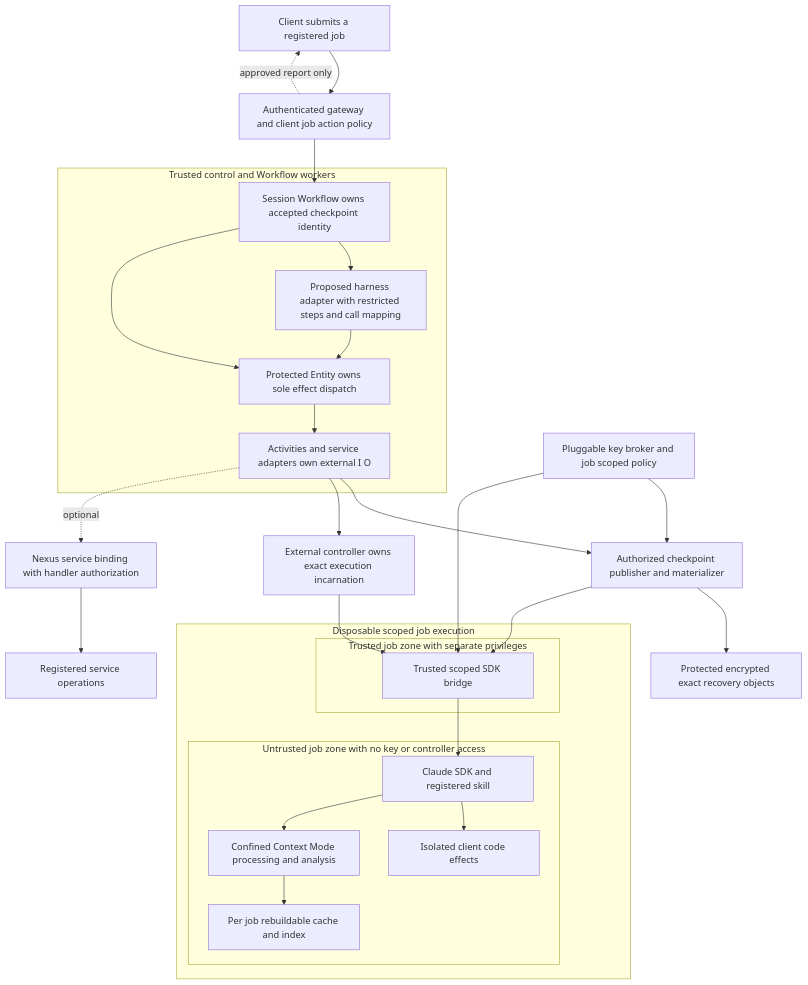
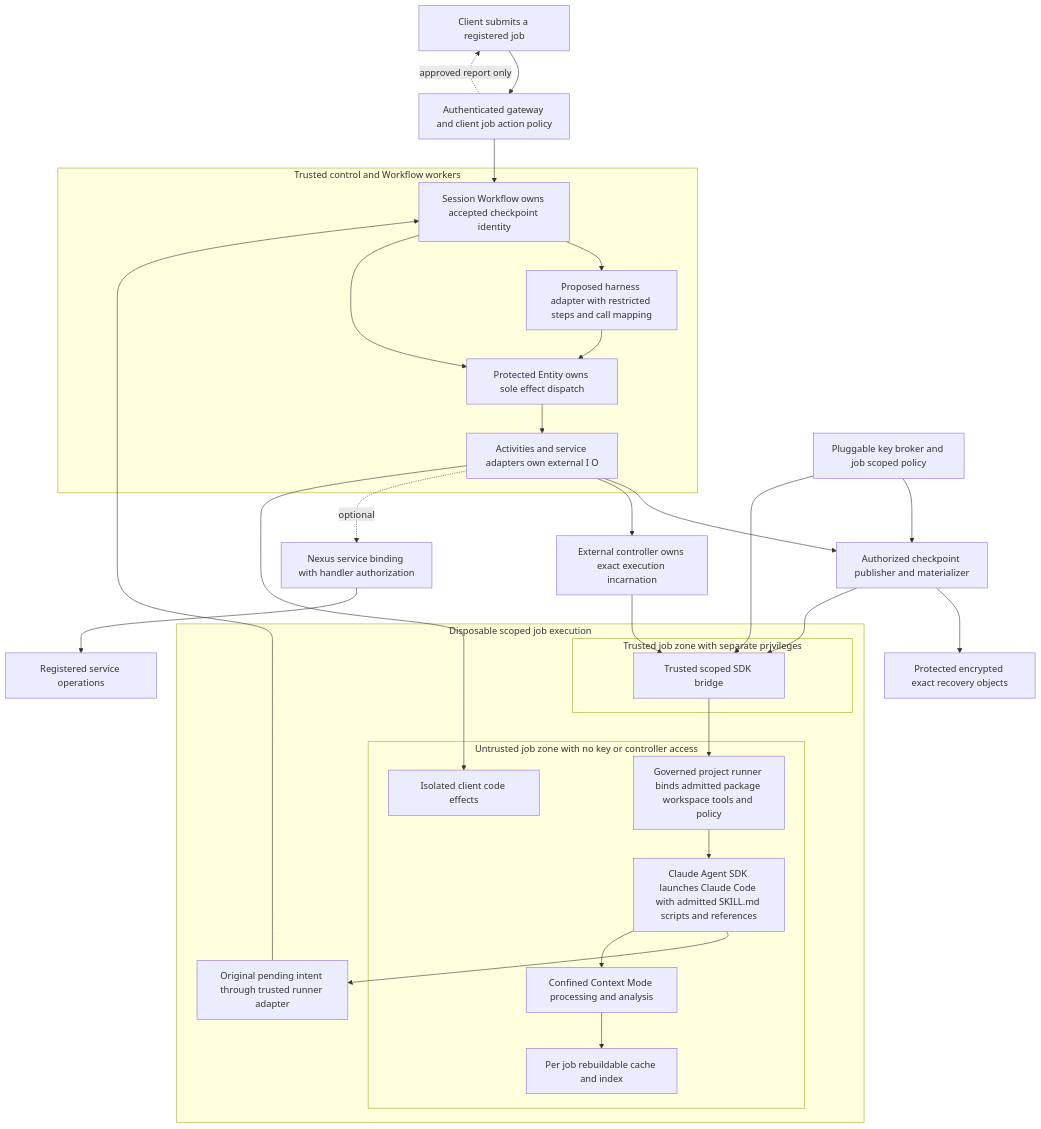
Before and after one commit to mortdiggiddy/ai-integrations: the first of 10 diagrams in python/claude_agent_sdk/docs/skill-recovery/proposals/distributed-recovery/2026-10-08/architecture-review.md, drawn with Mermaid. The commit also changed other lines of this file and 49 other files, not shown here.

Commit message:
Replace historical recovery diagrams with assessment durability views.

````diff
--- a/python/claude_agent_sdk/docs/skill-recovery/proposals/distributed-recovery/2026-10-08/architecture-review.md
+++ b/python/claude_agent_sdk/docs/skill-recovery/proposals/distributed-recovery/2026-10-08/architecture-review.md
@@ -27,42 +27,46 @@
 ```mermaid
 flowchart TB
     Client[Client submits a registered job]
     Gateway[Authenticated gateway and client job action policy]
     Client --> Gateway
     Gateway -. approved report only .-> Client
     subgraph Control[Trusted control and Workflow workers]
         Session[Session Workflow owns accepted checkpoint identity]
         Entity[Protected Entity owns sole effect dispatch]
         Harness[Proposed harness adapter with restricted steps and call mapping]
         IO[Activities and service adapters own external I O]
         Session --> Harness
         Session --> Entity
         Harness --> Entity
         Entity --> IO
     end
     Gateway --> Session
     IO --> Restore[Authorized checkpoint publisher and materializer]
     IO --> Controller[External controller owns exact execution incarnation]
     IO -. optional .-> Nexus[Nexus service binding with handler authorization]
     Nexus --> Services[Registered service operations]
     Restore --> Store[Protected encrypted exact recovery objects]
     Keys[Pluggable key broker and job scoped policy] --> Restore
     subgraph Job[Disposable scoped job execution]
         subgraph JobTrusted[Trusted job zone with separate privileges]
             Bridge[Trusted scoped SDK bridge]
         end
         subgraph JobUntrusted[Untrusted job zone with no key or controller access]
-            SDK[Claude SDK and registered skill]
+            Runner[Governed project runner binds admitted package workspace tools and policy]
+            SDK[Claude Agent SDK launches Claude Code with admitted SKILL.md scripts and references]
             Effects[Isolated client code effects]
             Context[Confined Context Mode processing and analysis]
             Cache[Per job rebuildable cache and index]
         end
-        Bridge --> SDK
-        SDK --> Effects
+        Bridge --> Runner
+        Runner --> SDK
+        SDK --> Intent[Original pending intent through trusted runner adapter]
+        Intent --> Session
+        IO --> Effects
         SDK --> Context
         Context --> Cache
     end
     Controller --> Bridge
     Restore --> Bridge
     Keys --> Bridge
 ```
````
